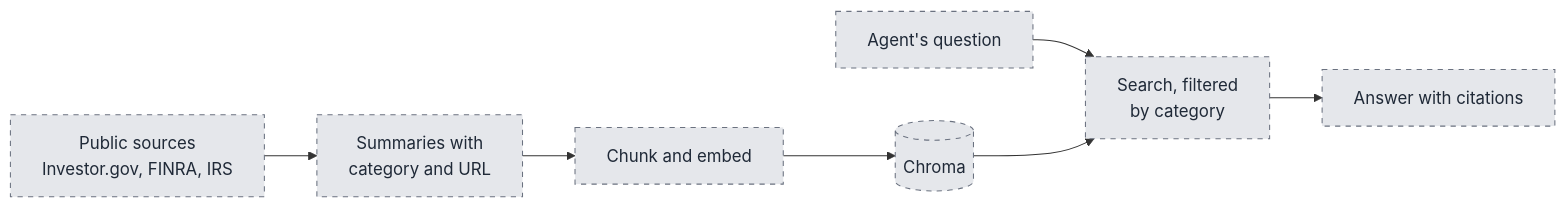
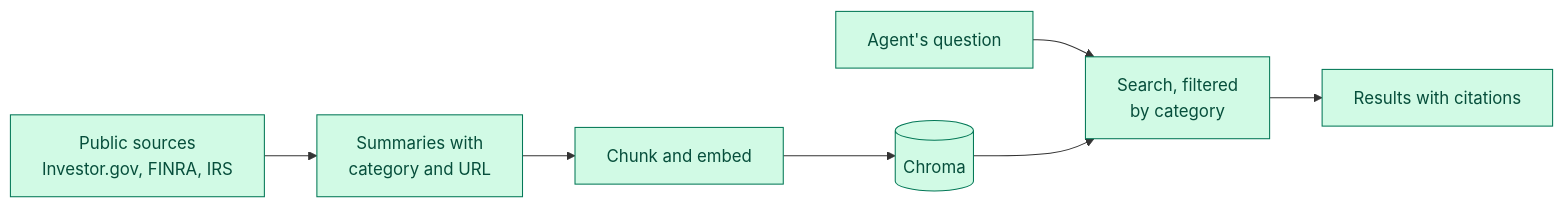
The fifth of 5 diagrams in Capstone1/ai_finance_assistant/docs/DESIGN.md (sushmakrishna-tech/agenticAI), drawn with Mermaid before and after one commit. The commit also changed other lines of this file and 82 other files, not shown here.

````diff
--- a/Capstone1/ai_finance_assistant/docs/DESIGN.md
+++ b/Capstone1/ai_finance_assistant/docs/DESIGN.md
@@ -168,12 +176,12 @@
 ```mermaid
 flowchart LR
     sources["Public sources<br/>Investor.gov, FINRA, IRS"] --> summaries["Summaries with<br/>category and URL"]
     summaries --> chunks["Chunk and embed"]
     chunks --> chroma[("Chroma")]
     question["Agent's question"] --> search["Search, filtered<br/>by category"]
     chroma --> search
-    search --> answer["Answer with citations"]
+    search --> answer["Results with citations"]
 
-    classDef planned fill:#e5e7eb,stroke:#6b7280,color:#1f2937,stroke-dasharray:5 5
-    class sources,summaries,chunks,chroma,question,search,answer planned
+    classDef built fill:#d1fae5,stroke:#047857,color:#064e3b
+    class sources,summaries,chunks,chroma,question,search,answer built
 ```
````
